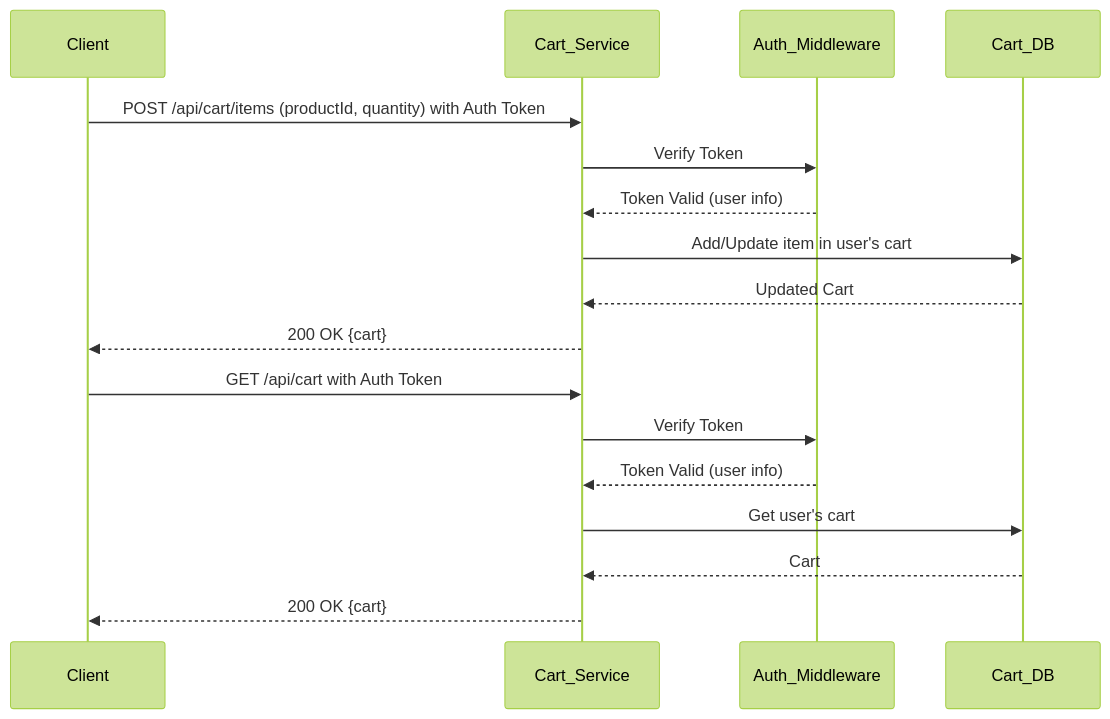
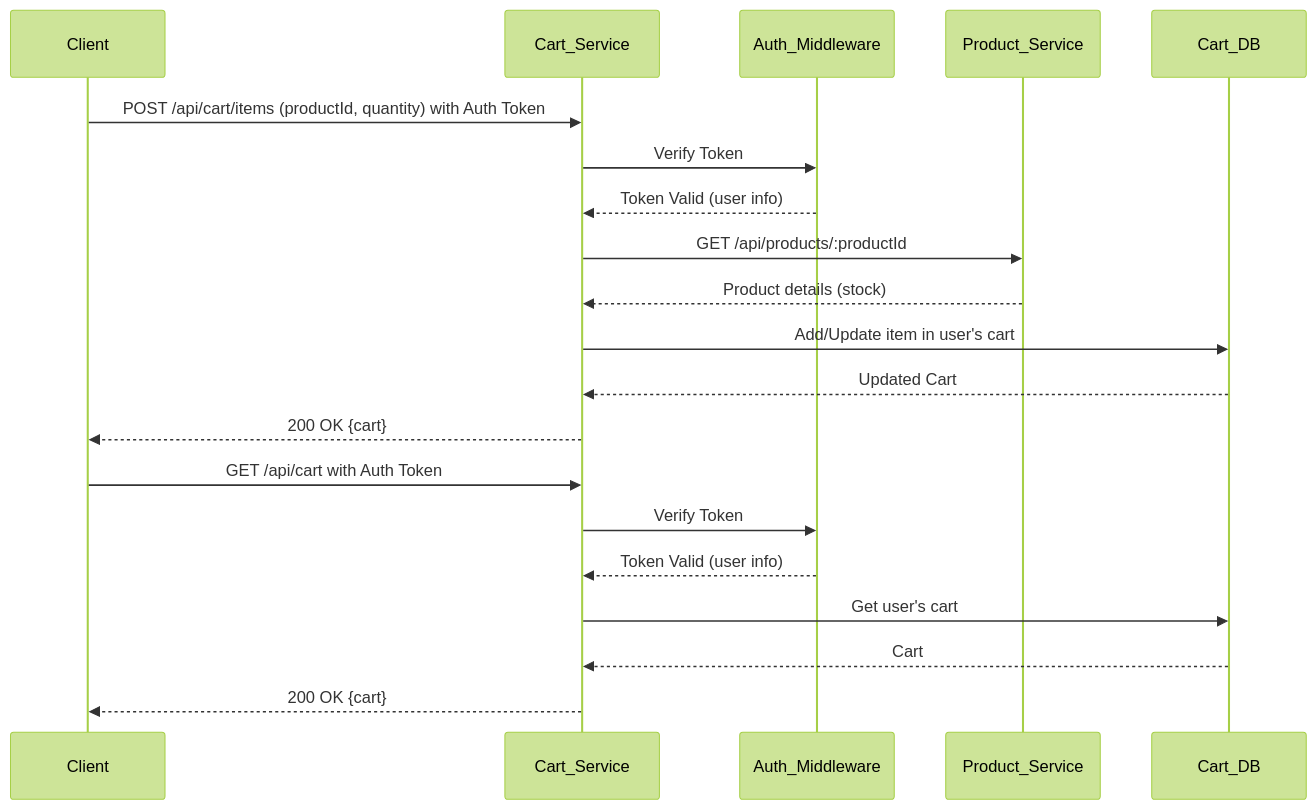
Before and after one commit to priyanshu-samal/microBazaar: the fourth of 7 diagrams in README.md, drawn with Mermaid (forest theme). The commit also changed other lines of this file, not shown here.

````diff
--- a/README.md
+++ b/README.md
@@ -151,21 +176,24 @@
 ```mermaid
 sequenceDiagram
     participant Client
     participant Cart_Service
     participant Auth_Middleware
+    participant Product_Service
     participant Cart_DB
 
     Client->>Cart_Service: POST /api/cart/items (productId, quantity) with Auth Token
     Cart_Service->>Auth_Middleware: Verify Token
     Auth_Middleware-->>Cart_Service: Token Valid (user info)
+    Cart_Service->>Product_Service: GET /api/products/:productId
+    Product_Service-->>Cart_Service: Product details (stock)
     Cart_Service->>Cart_DB: Add/Update item in user's cart
     Cart_DB-->>Cart_Service: Updated Cart
     Cart_Service-->>Client: 200 OK {cart}
 
     Client->>Cart_Service: GET /api/cart with Auth Token
     Cart_Service->>Auth_Middleware: Verify Token
     Auth_Middleware-->>Cart_Service: Token Valid (user info)
     Cart_Service->>Cart_DB: Get user's cart
     Cart_DB-->>Cart_Service: Cart
     Cart_Service-->>Client: 200 OK {cart}
 ```
````
